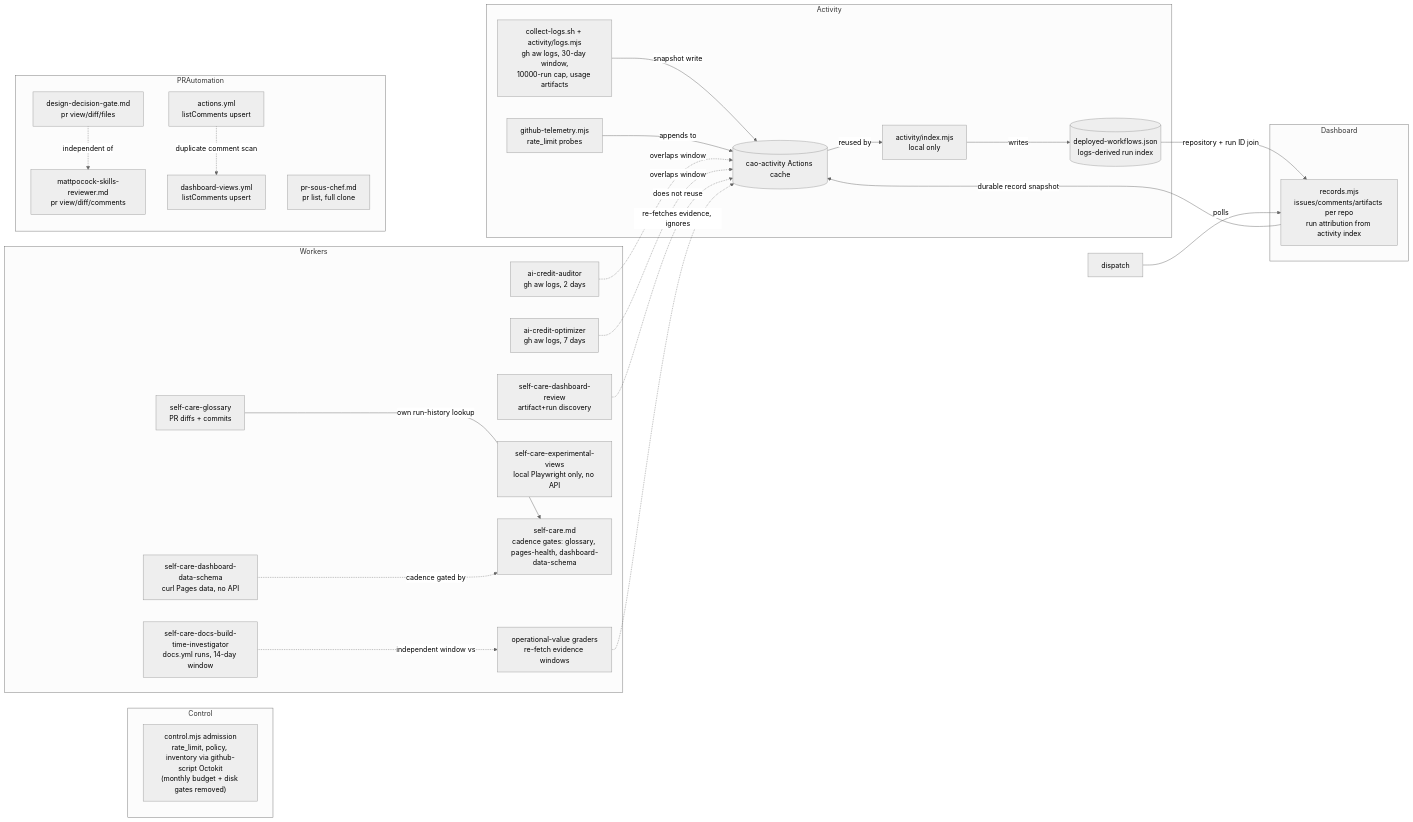
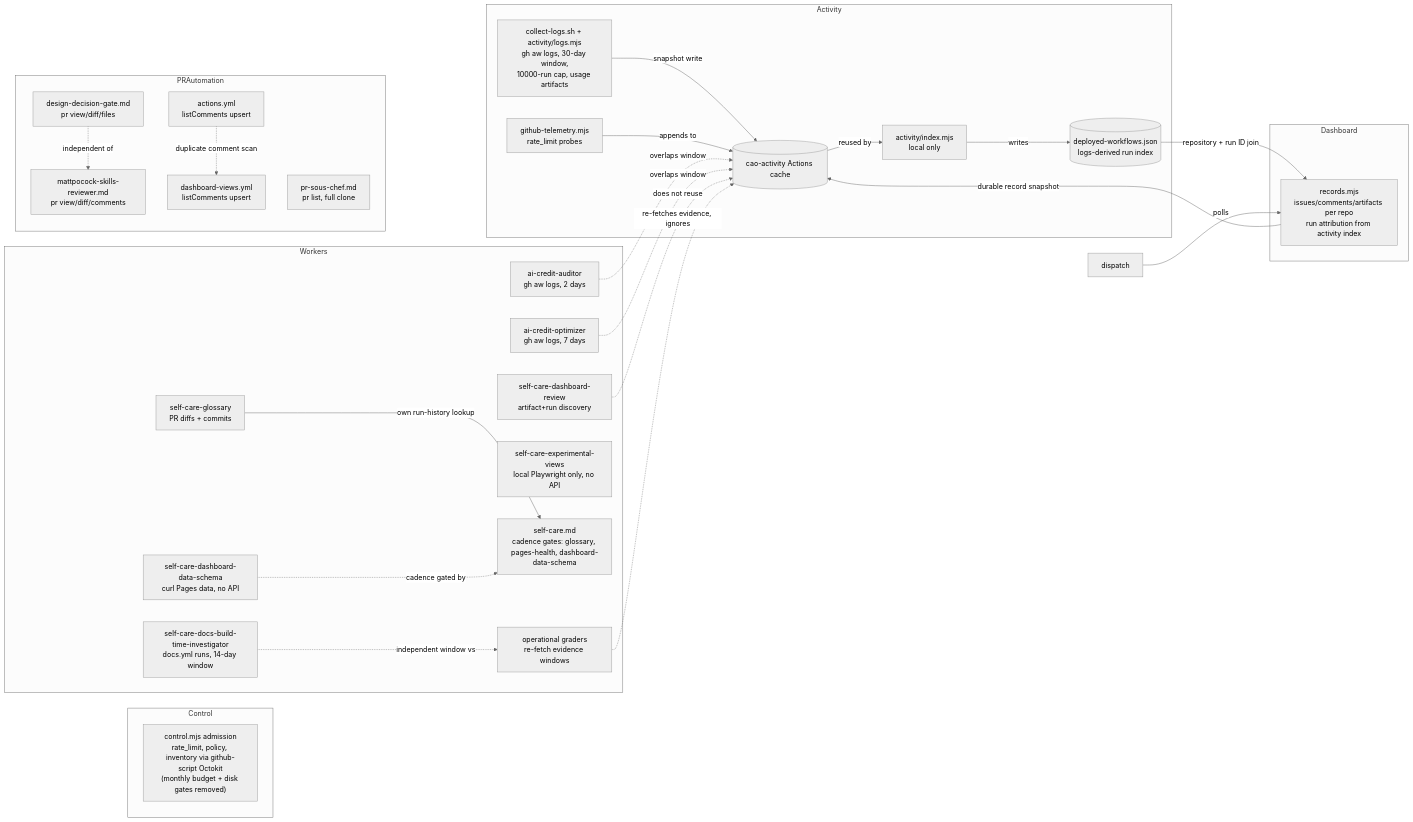
The diagram in specs/data-acquisition-audit.md (githubnext/gh-aw-cao), drawn with Mermaid (neutral theme) before and after one commit. The commit also changed other lines of this file and 36 other files, not shown here.

````diff
--- a/specs/data-acquisition-audit.md
+++ b/specs/data-acquisition-audit.md
@@ -194,50 +194,50 @@
 ```mermaid
 flowchart LR
   subgraph Control
     control["control.mjs admission<br/>rate_limit, policy, inventory via github-script Octokit<br/>(monthly budget + disk gates removed)"]
   end
   subgraph Activity
     logsmjs["collect-logs.sh + activity/logs.mjs<br/>gh aw logs, 30-day window,<br/>10000-run cap, usage artifacts"]
     indexmjs["activity/index.mjs<br/>local only"]
     runindex[("deployed-workflows.json<br/>logs-derived run index")]
     telemetry["github-telemetry.mjs<br/>rate_limit probes"]
     cache[("cao-activity Actions cache")]
   end
   subgraph Dashboard
     records["records.mjs<br/>issues/comments/artifacts per repo<br/>run attribution from activity index"]
   end
   subgraph Workers
     aicaud["ai-credit-auditor<br/>gh aw logs, 2 days"]
     aicopt["ai-credit-optimizer<br/>gh aw logs, 7 days"]
     reviewpf["self-care-dashboard-review<br/>artifact+run discovery"]
     glossary["self-care-glossary<br/>PR diffs + commits"]
     docsbt["self-care-docs-build-time-investigator<br/>docs.yml runs, 14-day window"]
     expviews["self-care-experimental-views<br/>local Playwright only, no API"]
     schemaworker["self-care-dashboard-data-schema<br/>curl Pages data, no API"]
     selfcare["self-care.md<br/>cadence gates: glossary, pages-health, dashboard-data-schema"]
-    graders["operational-value graders<br/>re-fetch evidence windows"]
+    graders["operational graders<br/>re-fetch evidence windows"]
   end
   subgraph PRAutomation
     ddg["design-decision-gate.md<br/>pr view/diff/files"]
     mattpocock["mattpocock-skills-reviewer.md<br/>pr view/diff/comments"]
     soschef["pr-sous-chef.md<br/>pr list, full clone"]
     mobileci["actions.yml<br/>listComments upsert"]
     dashviews["dashboard-views.yml<br/>listComments upsert"]
   end
   logsmjs -->|snapshot write| cache
   cache -->|reused by| indexmjs
   indexmjs -->|writes| runindex
   runindex -->|repository + run ID join| records
   records -->|durable record snapshot| cache
   telemetry -->|appends to| cache
   dispatch -->|polls| records
   aicaud -.->|overlaps window| cache
   aicopt -.->|overlaps window| cache
   reviewpf -.->|does not reuse| cache
   glossary -->|own run-history lookup| selfcare
   schemaworker -.->|cadence gated by| selfcare
   docsbt -.->|independent window vs| graders
   graders -.->|re-fetches evidence, ignores| cache
   ddg -.->|independent of| mattpocock
   mobileci -.->|duplicate comment scan| dashviews
 ```
````
